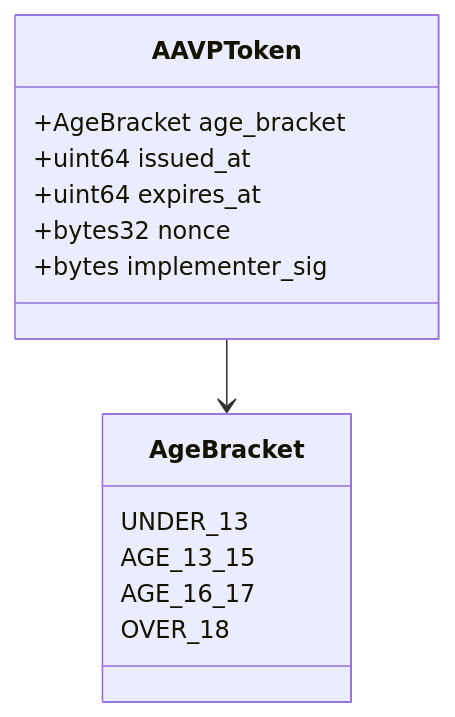
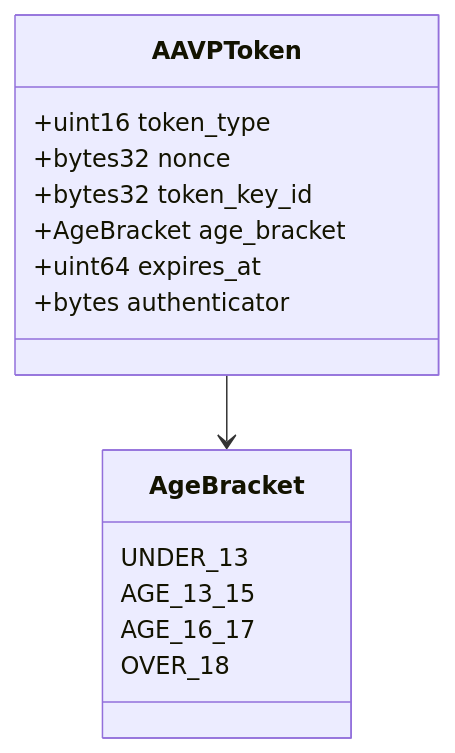
One commit to jorgej-ramos/AAVP changed the third of 11 diagrams in PROTOCOL.md. Above: the diagram before and after it, drawn with Mermaid. The commit also changed other lines of this file and 4 other files, not shown here.

````diff
--- a/PROTOCOL.md
+++ b/PROTOCOL.md
@@ -132,17 +132,18 @@
 ```mermaid
 classDiagram
     class AAVPToken {
+        +uint16 token_type
+        +bytes32 nonce
+        +bytes32 token_key_id
         +AgeBracket age_bracket
-        +uint64 issued_at
         +uint64 expires_at
-        +bytes32 nonce
-        +bytes implementer_sig
+        +bytes authenticator
     }
     class AgeBracket {
         UNDER_13
         AGE_13_15
         AGE_16_17
         OVER_18
     }
     AAVPToken --> AgeBracket
 ```
````
